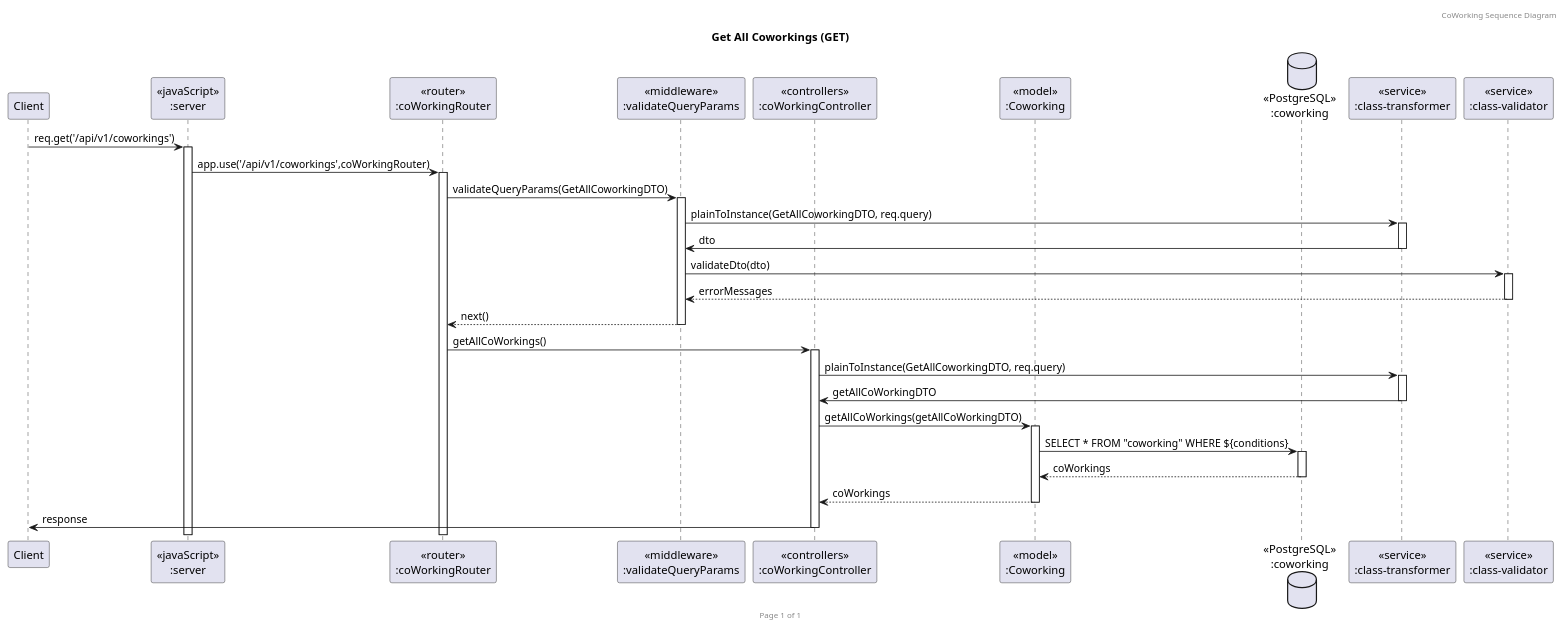
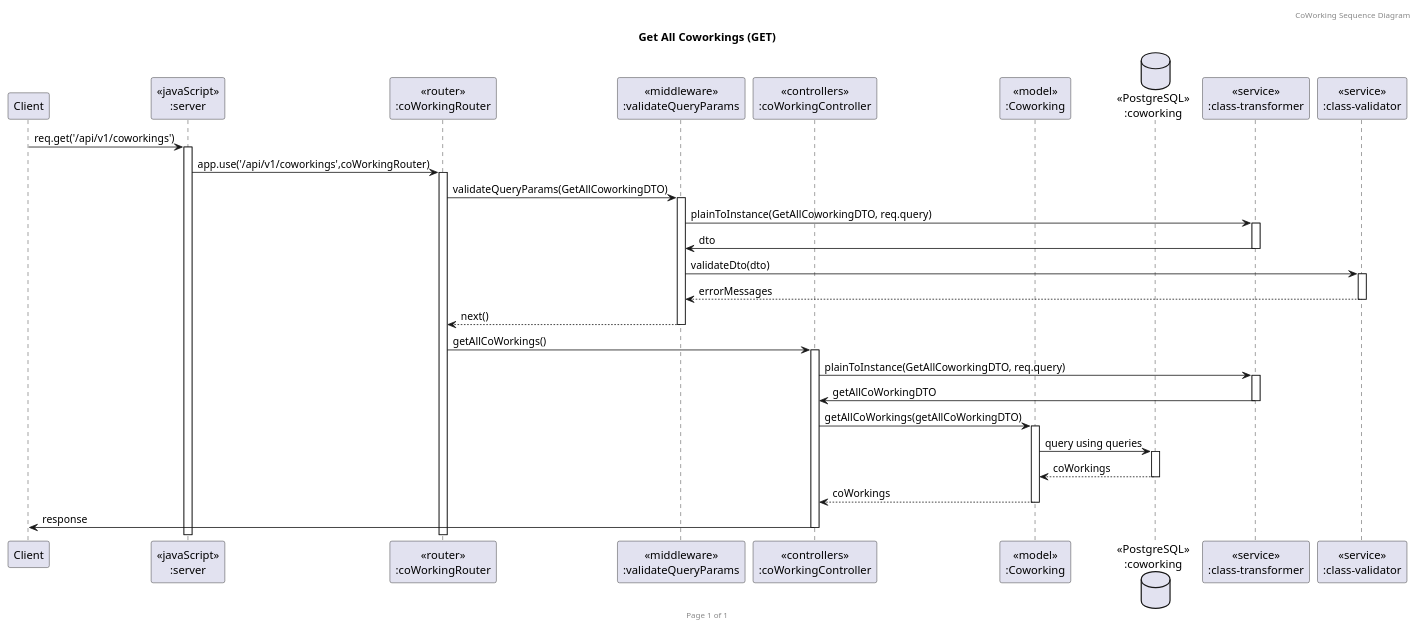
One commit to TeaChanathip/SwDev-Project changed the diagram in diagrams/coworking/getAllCoworkings/getAllCoworkings.puml. Above: the diagram before and after it, drawn with PlantUML. The commit also changed 5 other files, not shown here.

```diff
--- a/diagrams/coworking/getAllCoworkings/getAllCoworkings.puml
+++ b/diagrams/coworking/getAllCoworkings/getAllCoworkings.puml
@@ -1,37 +1,37 @@
 @startuml Get All Coworkings (GET)
 
 header CoWorking Sequence Diagram
 footer Page %page% of %lastpage%
 title "Get All Coworkings (GET)"
 
 participant "Client" as client
 participant "<<javaScript>>\n:server" as server
 participant "<<router>>\n:coWorkingRouter" as coWorkingRouter
 participant "<<middleware>>\n:validateQueryParams" as middleware
 participant "<<controllers>>\n:coWorkingController" as coWorkingController
 participant "<<model>>\n:Coworking" as coWorkingModel
 database "<<PostgreSQL>>\n:coworking" as coWorkingDatabase
 participant "<<service>>\n:class-transformer" as classTransformer
 participant "<<service>>\n:class-validator" as classValidator
 
 client->server ++:req.get('/api/v1/coworkings')
 server->coWorkingRouter ++:app.use('/api/v1/coworkings',coWorkingRouter)
 
 coWorkingRouter -> middleware ++: validateQueryParams(GetAllCoworkingDTO)
 middleware -> classTransformer ++: plainToInstance(GetAllCoworkingDTO, req.query)
 classTransformer -> middleware --: dto
 middleware -> classValidator ++: validateDto(dto)
 classValidator --> middleware --: errorMessages
 middleware --> coWorkingRouter --: next()
 
 coWorkingRouter -> coWorkingController ++:getAllCoWorkings()
 
 coWorkingController->classTransformer ++: plainToInstance(GetAllCoworkingDTO, req.query)
 classTransformer -> coWorkingController --: getAllCoWorkingDTO
 coWorkingController -> coWorkingModel ++: getAllCoWorkings(getAllCoWorkingDTO)
-coWorkingModel -> coWorkingDatabase ++: SELECT * FROM "coworking" WHERE ${conditions}
+coWorkingModel -> coWorkingDatabase ++: query using queries
 coWorkingDatabase --> coWorkingModel --: coWorkings
 coWorkingModel --> coWorkingController --: coWorkings
 coWorkingController -> client --: response
 
 @enduml
```
